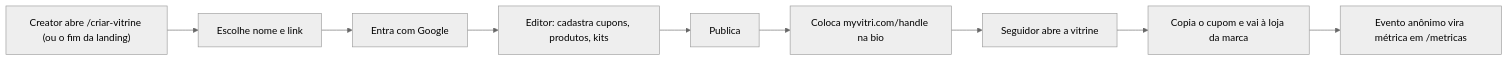
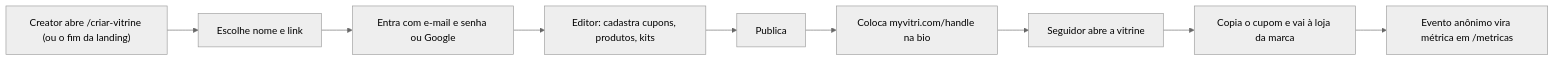
The first of 5 diagrams in docs/architecture.md (estevaons/myvitri), drawn with Mermaid (neutral theme) before and after one commit. The commit also changed other lines of this file and 48 other files, not shown here.

First line of the commit message:
feat: favoritos, comentários, login com e-mail e senha e ajustes de navegação

````diff
--- a/docs/architecture.md
+++ b/docs/architecture.md
@@ -16,11 +16,11 @@
 ```mermaid
 graph LR
     A["Creator abre /criar-vitrine (ou o fim da landing)"] --> B["Escolhe nome e link"]
-    B --> C["Entra com Google"]
+    B --> C["Entra com e-mail e senha ou Google"]
     C --> D["Editor: cadastra cupons, produtos, kits"]
     D --> E["Publica"]
     E --> F["Coloca myvitri.com/handle na bio"]
     F --> G["Seguidor abre a vitrine"]
     G --> H["Copia o cupom e vai à loja da marca"]
     H --> I["Evento anônimo vira métrica em /metricas"]
 ```
````
